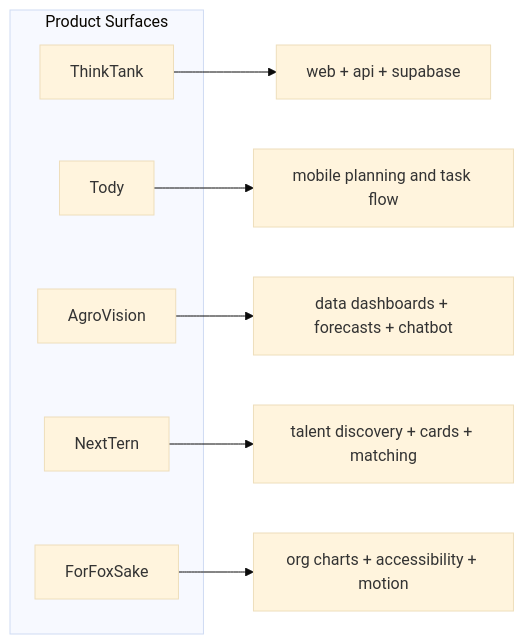
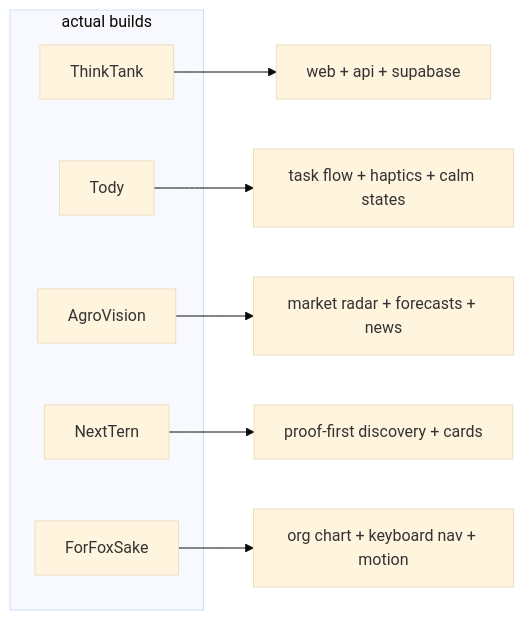
One commit to reyyanxjanbaz/reyyanxjanbaz changed the first of 2 diagrams in README.md. Above: the diagram before and after it, drawn with Mermaid (base theme). The commit also changed other lines of this file, not shown here.

````diff
--- a/README.md
+++ b/README.md
@@ -64,16 +58,16 @@
 ```mermaid
 flowchart LR
-  subgraph Product Surfaces
+  subgraph builds[actual builds]
     TT[ThinkTank]
     TD[Tody]
     AV[AgroVision]
     NT[NextTern]
     FF[ForFoxSake]
   end
 
-  TT --> FT[web + api + supabase]
-  TD --> MN[mobile planning and task flow]
-  AV --> DP[data dashboards + forecasts + chatbot]
-  NT --> TL[talent discovery + cards + matching]
-  FF --> OC[org charts + accessibility + motion]
+  TT --> S1[web + api + supabase]
+  TD --> S2[task flow + haptics + calm states]
+  AV --> S3[market radar + forecasts + news]
+  NT --> S4[proof-first discovery + cards]
+  FF --> S5[org chart + keyboard nav + motion]
 ```
````
